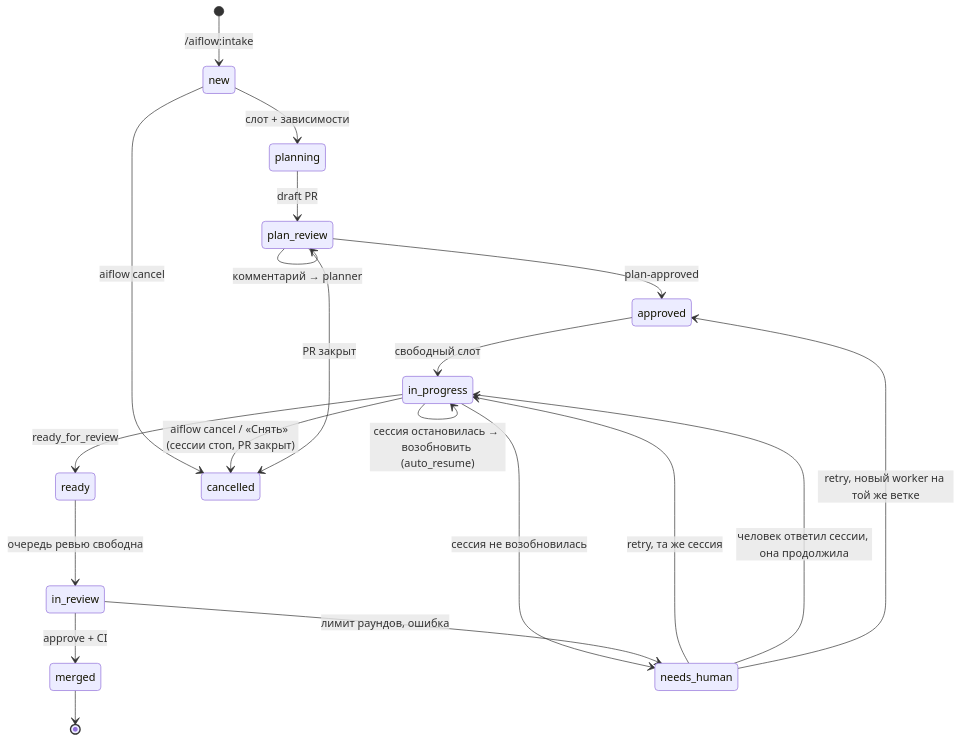
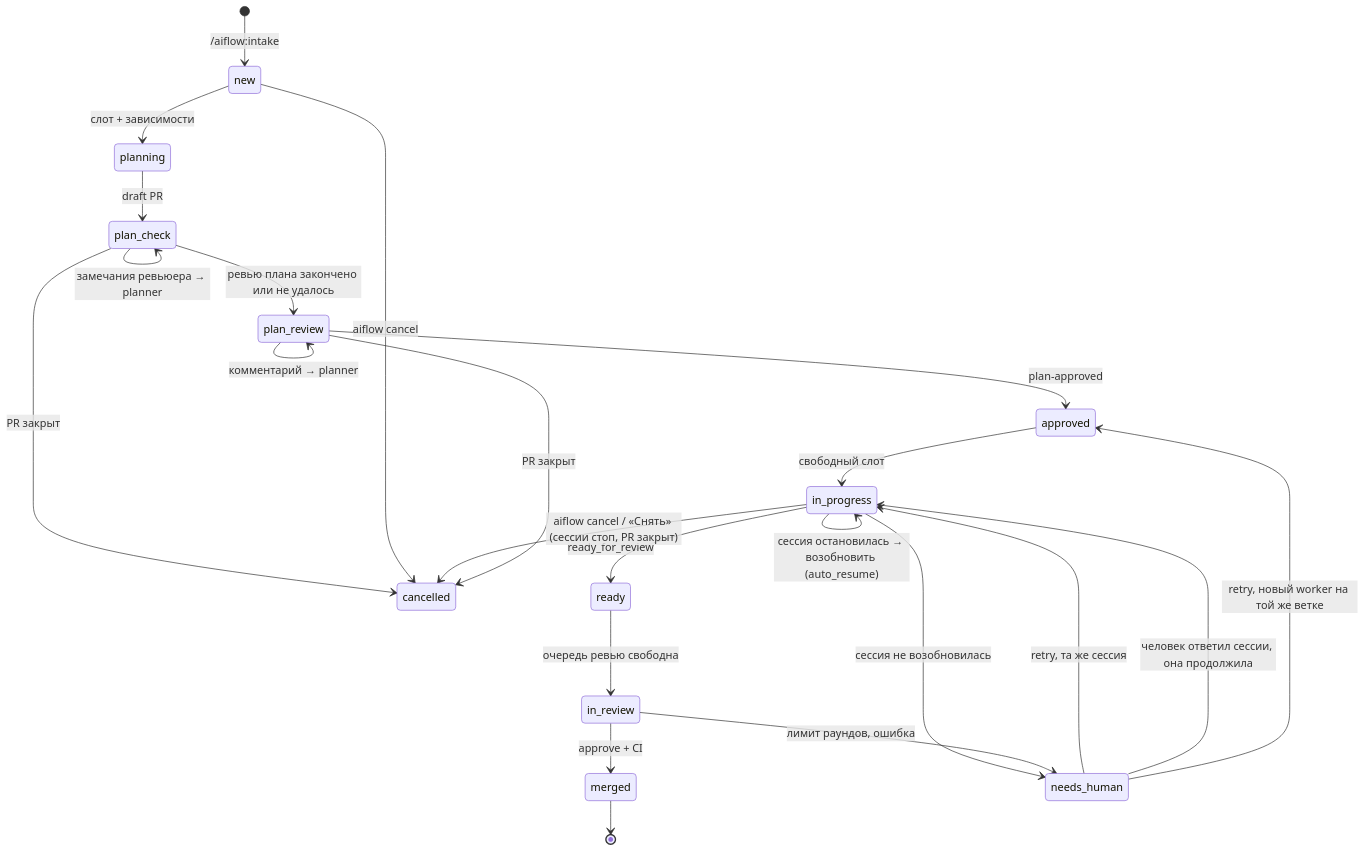
Before and after one commit to xcfa/claude-plugins: the second of 2 diagrams in docs/aiflow-workflow.md, drawn with Mermaid. The commit also changed other lines of this file and 10 other files, not shown here.

First line of the commit message:
Review the plan with another model before the user sees it

````diff
--- a/docs/aiflow-workflow.md
+++ b/docs/aiflow-workflow.md
@@ -53,22 +53,25 @@
 ```mermaid
 stateDiagram-v2
     [*] --> new: /aiflow:intake
     new --> planning: слот + зависимости
-    planning --> plan_review: draft PR
+    planning --> plan_check: draft PR
+    plan_check --> plan_check: замечания ревьюера → planner
+    plan_check --> plan_review: ревью плана закончено или не удалось
+    plan_check --> cancelled: PR закрыт
     plan_review --> plan_review: комментарий → planner
     plan_review --> approved: plan-approved
     approved --> in_progress: свободный слот
     in_progress --> ready: ready_for_review
     ready --> in_review: очередь ревью свободна
     in_review --> merged: approve + CI
     in_progress --> in_progress: сессия остановилась → возобновить (auto_resume)
     in_progress --> needs_human: сессия не возобновилась
     in_review --> needs_human: лимит раундов, ошибка
     needs_human --> in_progress: retry, та же сессия
     needs_human --> in_progress: человек ответил сессии, она продолжила
     needs_human --> approved: retry, новый worker на той же ветке
     new --> cancelled: aiflow cancel
     in_progress --> cancelled: aiflow cancel / «Снять» (сессии стоп, PR закрыт)
     plan_review --> cancelled: PR закрыт
     merged --> [*]
 ```
````
